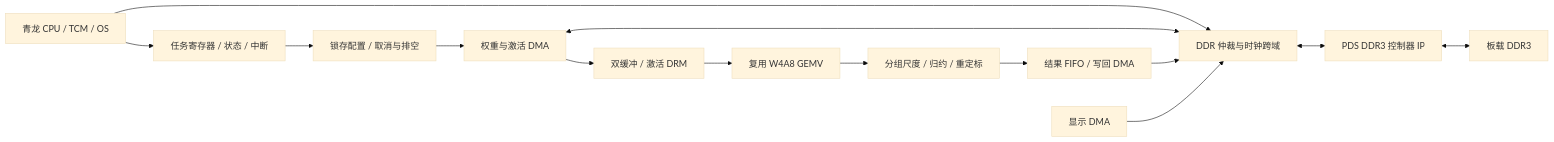
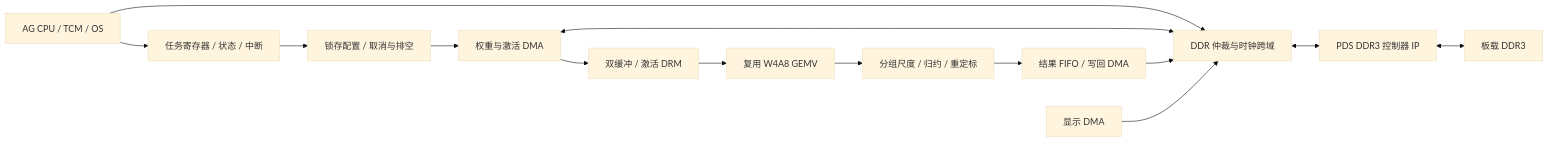
The diagram in docs/模型加速器整合与浏览器方案.md (Bytestring0/FPGA_RV32IM_VibeOS), drawn with Mermaid (base theme) before and after one commit. The commit also changed other lines of this file and 157 other files, not shown here.

````diff
--- a/docs/模型加速器整合与浏览器方案.md
+++ b/docs/模型加速器整合与浏览器方案.md
@@ -67,16 +67,16 @@
 ```mermaid
 flowchart LR
-    CPU[青龙 CPU / TCM / OS] --> MMIO[任务寄存器 / 状态 / 中断]
+    CPU[AG CPU / TCM / OS] --> MMIO[任务寄存器 / 状态 / 中断]
     MMIO --> CTRL[锁存配置 / 取消与排空]
     CTRL --> DMA[权重与激活 DMA]
     DMA --> BUF[双缓冲 / 激活 DRM]
     BUF --> MAC[复用 W4A8 GEMV]
     MAC --> EP[分组尺度 / 归约 / 重定标]
     EP --> OUT[结果 FIFO / 写回 DMA]
     CPU --> FAB[DDR 仲裁与时钟跨域]
     DMA <--> FAB
     OUT --> FAB
     VIDEO[显示 DMA] --> FAB
     FAB <--> IP[PDS DDR3 控制器 IP]
     IP <--> DDR[板载 DDR3]
 ```
````
